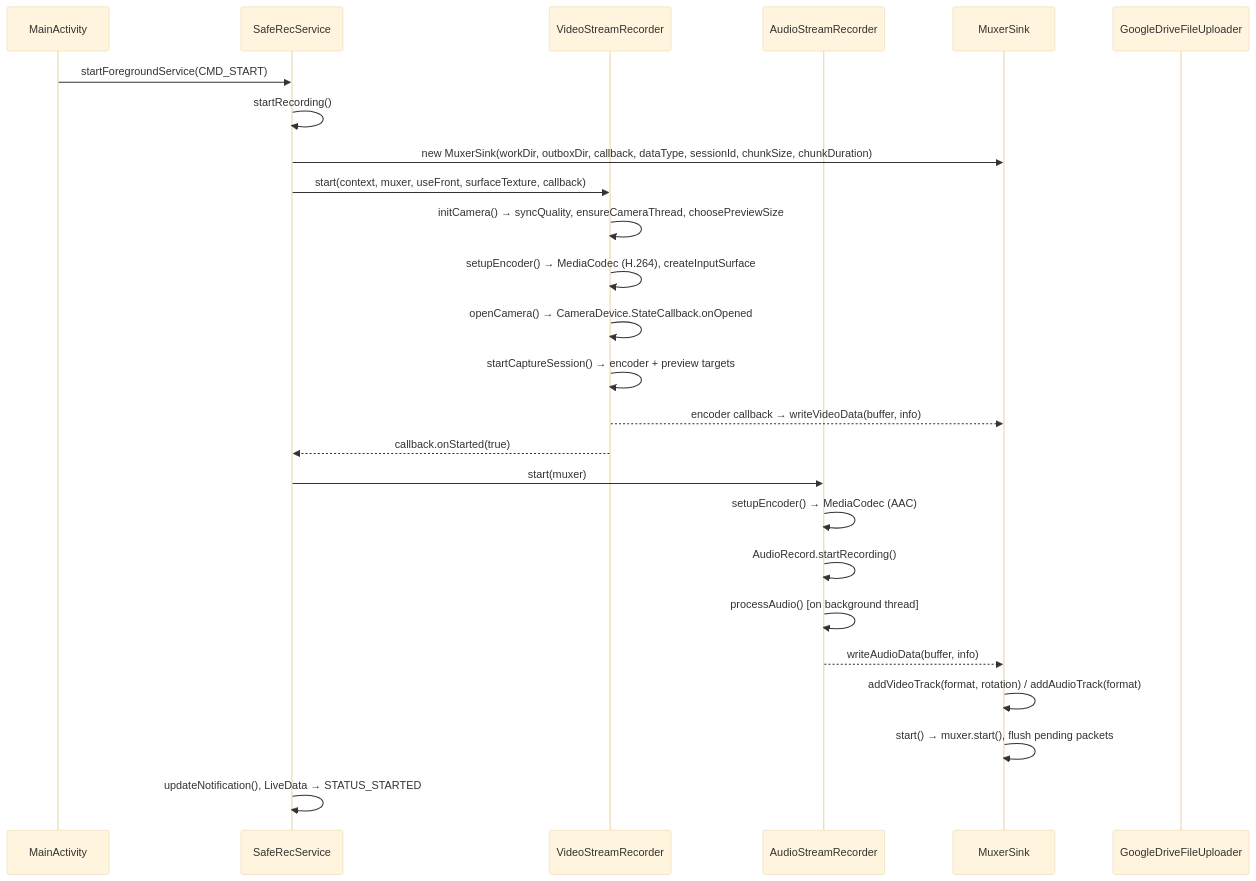
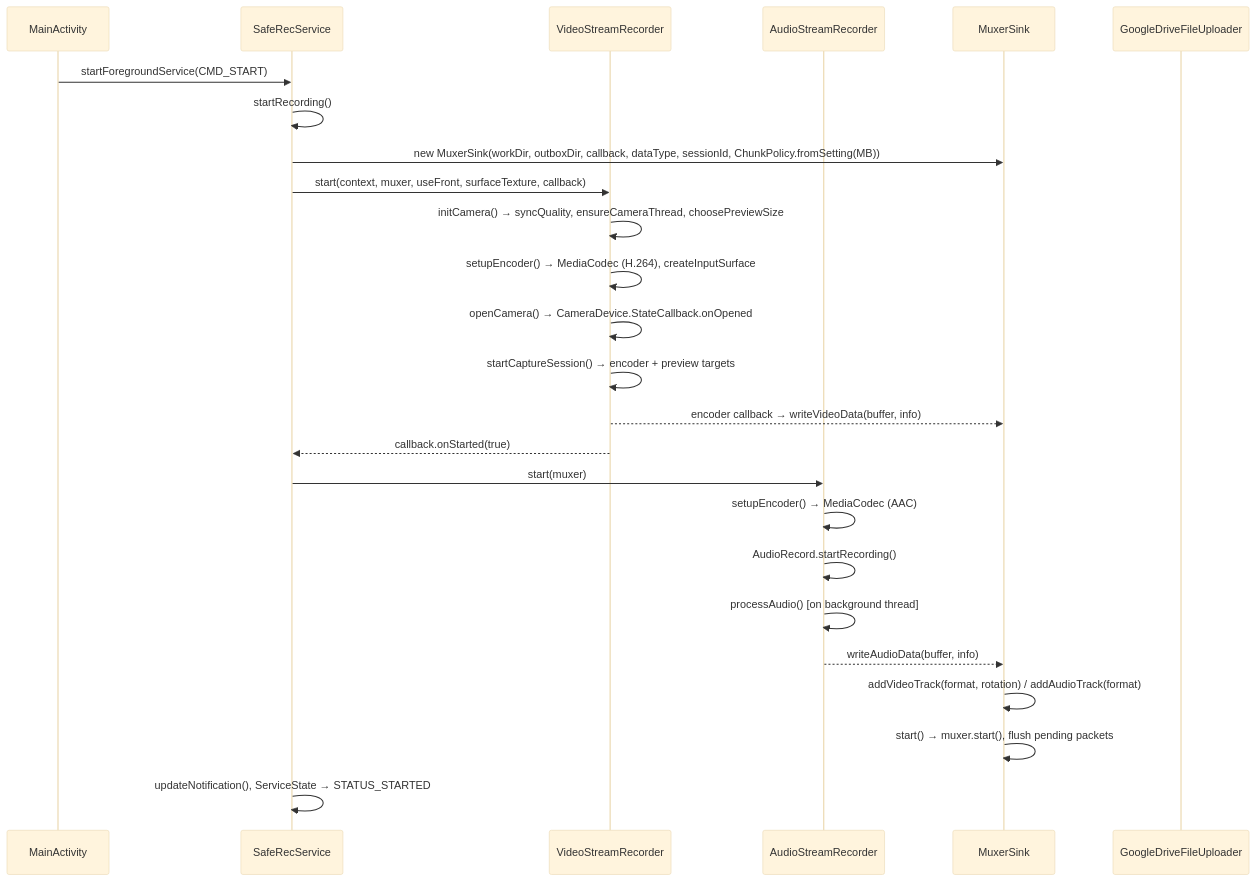
The second of 4 diagrams in AGENTS.md (ark3us/saferec), drawn with Mermaid (base theme) before and after one commit. The commit also changed other lines of this file, not shown here.

````diff
--- a/AGENTS.md
+++ b/AGENTS.md
@@ -134,28 +136,28 @@
 ```mermaid
 sequenceDiagram
     participant MA as MainActivity
     participant SRS as SafeRecService
     participant VSR as VideoStreamRecorder
     participant ASR as AudioStreamRecorder
     participant MS as MuxerSink
     participant GDFU as GoogleDriveFileUploader
 
     MA->>SRS: startForegroundService(CMD_START)
     SRS->>SRS: startRecording()
-    SRS->>MS: new MuxerSink(workDir, outboxDir, callback, dataType, sessionId, chunkSize, chunkDuration)
+    SRS->>MS: new MuxerSink(workDir, outboxDir, callback, dataType, sessionId, ChunkPolicy.fromSetting(MB))
     SRS->>VSR: start(context, muxer, useFront, surfaceTexture, callback)
     VSR->>VSR: initCamera() → syncQuality, ensureCameraThread, choosePreviewSize
     VSR->>VSR: setupEncoder() → MediaCodec (H.264), createInputSurface
     VSR->>VSR: openCamera() → CameraDevice.StateCallback.onOpened
     VSR->>VSR: startCaptureSession() → encoder + preview targets
     VSR-->>MS: encoder callback → writeVideoData(buffer, info)
     VSR-->>SRS: callback.onStarted(true)
     SRS->>ASR: start(muxer)
     ASR->>ASR: setupEncoder() → MediaCodec (AAC)
     ASR->>ASR: AudioRecord.startRecording()
     ASR->>ASR: processAudio() [on background thread]
     ASR-->>MS: writeAudioData(buffer, info)
     MS->>MS: addVideoTrack(format, rotation) / addAudioTrack(format)
     MS->>MS: start() → muxer.start(), flush pending packets
-    SRS->>SRS: updateNotification(), LiveData → STATUS_STARTED
+    SRS->>SRS: updateNotification(), ServiceState → STATUS_STARTED
 ```
````
